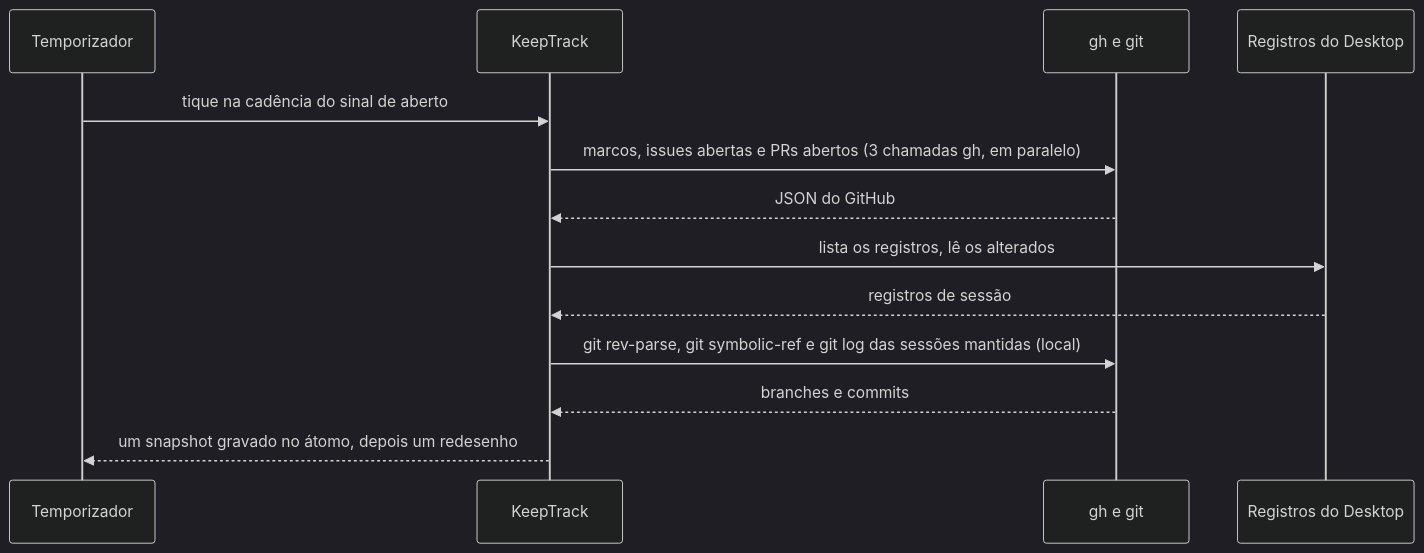
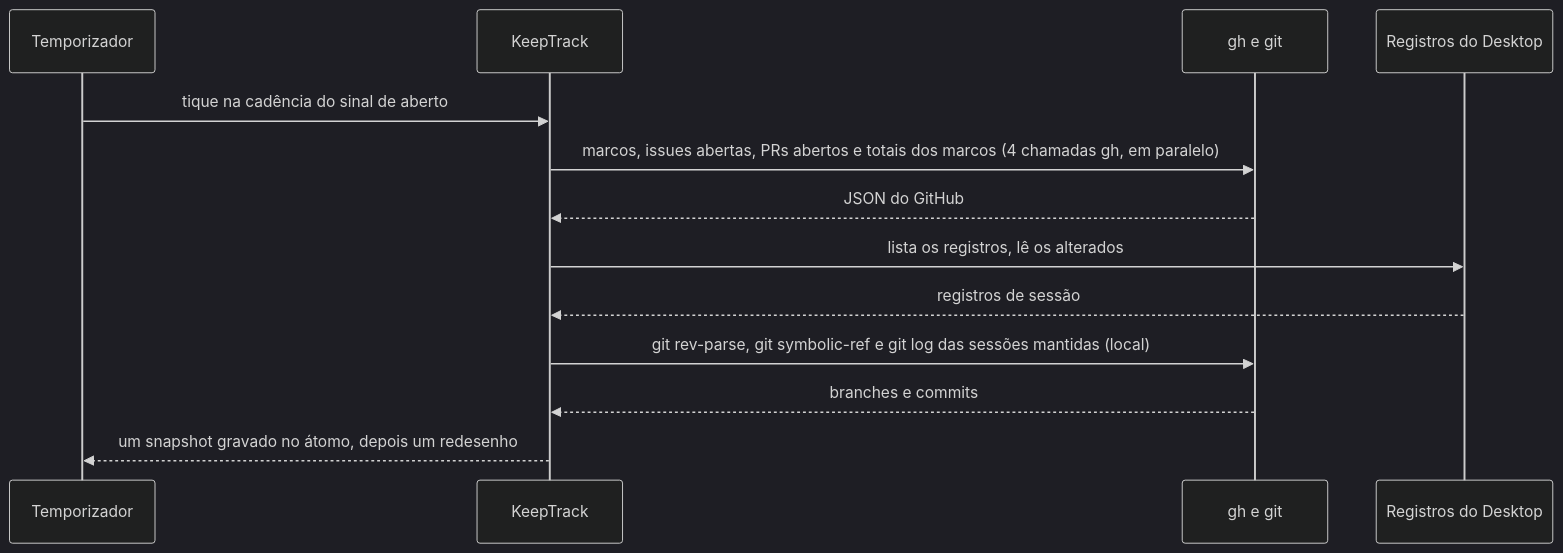
Before and after one commit to KeepGlide/keepaway-repo: the second of 2 diagrams in README.pt-BR.md, drawn with Mermaid (dark theme). The commit also changed other lines of this file and 3 other files, not shown here.

````diff
--- a/README.pt-BR.md
+++ b/README.pt-BR.md
@@ -104,15 +104,15 @@
 ```mermaid
 sequenceDiagram
     participant T as Temporizador
     participant K as KeepTrack
     participant G as gh e git
     participant D as Registros do Desktop
     T->>K: tique na cadência do sinal de aberto
-    K->>G: marcos, issues abertas e PRs abertos (3 chamadas gh, em paralelo)
+    K->>G: marcos, issues abertas, PRs abertos e totais dos marcos (4 chamadas gh, em paralelo)
     G-->>K: JSON do GitHub
     K->>D: lista os registros, lê os alterados
     D-->>K: registros de sessão
     K->>G: git rev-parse, git symbolic-ref e git log das sessões mantidas (local)
     G-->>K: branches e commits
     K-->>T: um snapshot gravado no átomo, depois um redesenho
 ```
````
